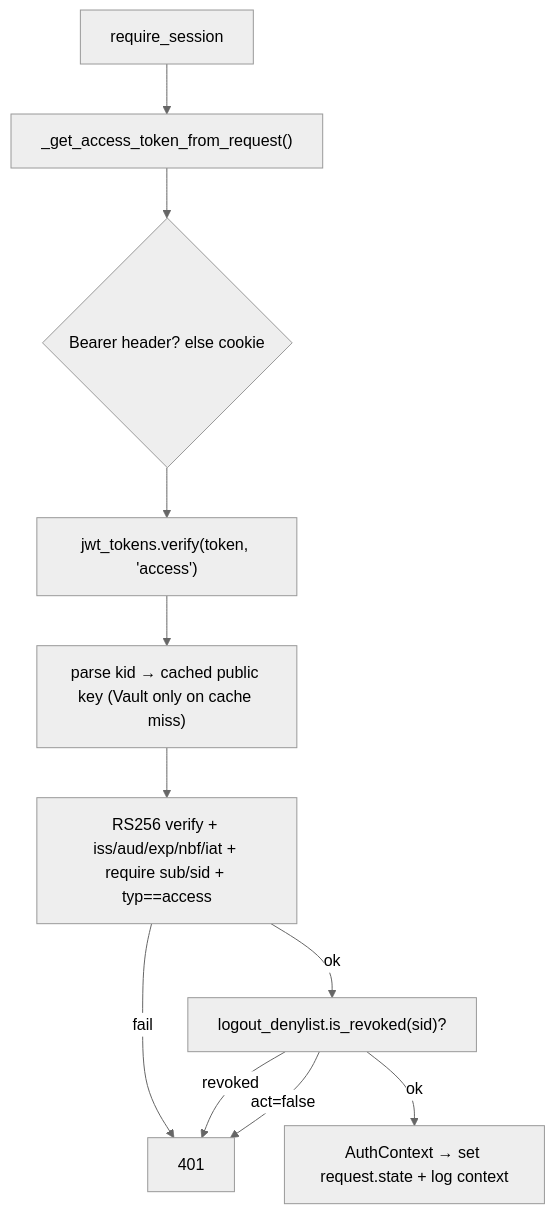
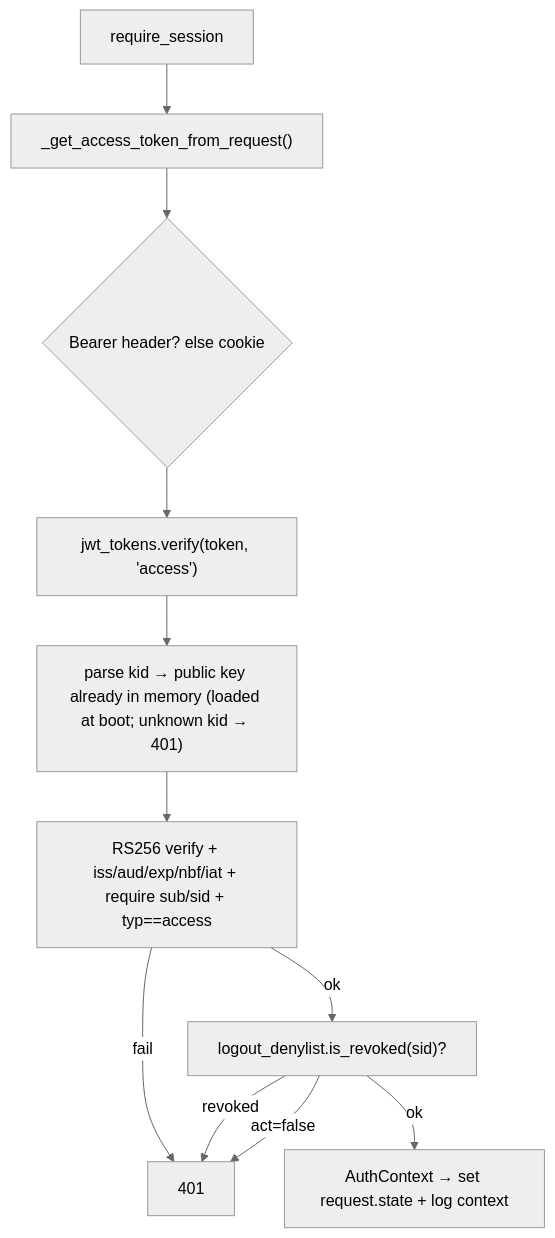
One commit to konstantinosmpouros/mAgenticX changed the seventh of 13 diagrams in docs/flows/authentication-and-session.md. Above: the diagram before and after it, drawn with Mermaid (neutral theme). The commit also changed other lines of this file and 44 other files, not shown here.

Commit message:
feat(dialogue_bridge,agentic_ui): make Microsoft Entra SSO the only login and sign session tokens with an OCI KMS HSM key instead of Vault

````diff
--- a/docs/flows/authentication-and-session.md
+++ b/docs/flows/authentication-and-session.md
@@ -169,13 +236,13 @@
 ```mermaid
 flowchart TD
     A["require_session"] --> B["_get_access_token_from_request()"]
     B --> C{"Bearer header? else cookie"}
     C --> D["jwt_tokens.verify(token, 'access')"]
-    D --> E["parse kid → cached public key (Vault only on cache miss)"]
+    D --> E["parse kid → public key already in memory (loaded at boot; unknown kid → 401)"]
     E --> F["RS256 verify + iss/aud/exp/nbf/iat + require sub/sid + typ==access"]
     F -->|fail| G["401"]
     F -->|ok| H["logout_denylist.is_revoked(sid)?"]
     H -->|revoked| G
     H -->|act=false| G
     H -->|ok| I["AuthContext → set request.state + log context"]
 ```
````
